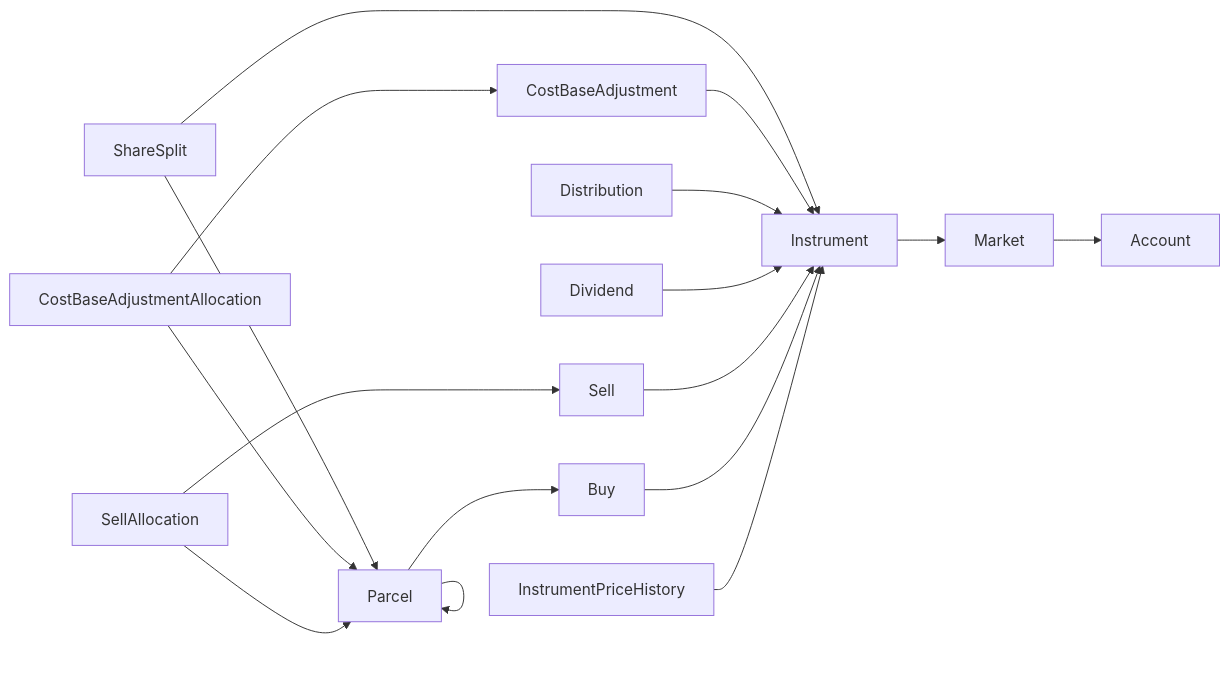
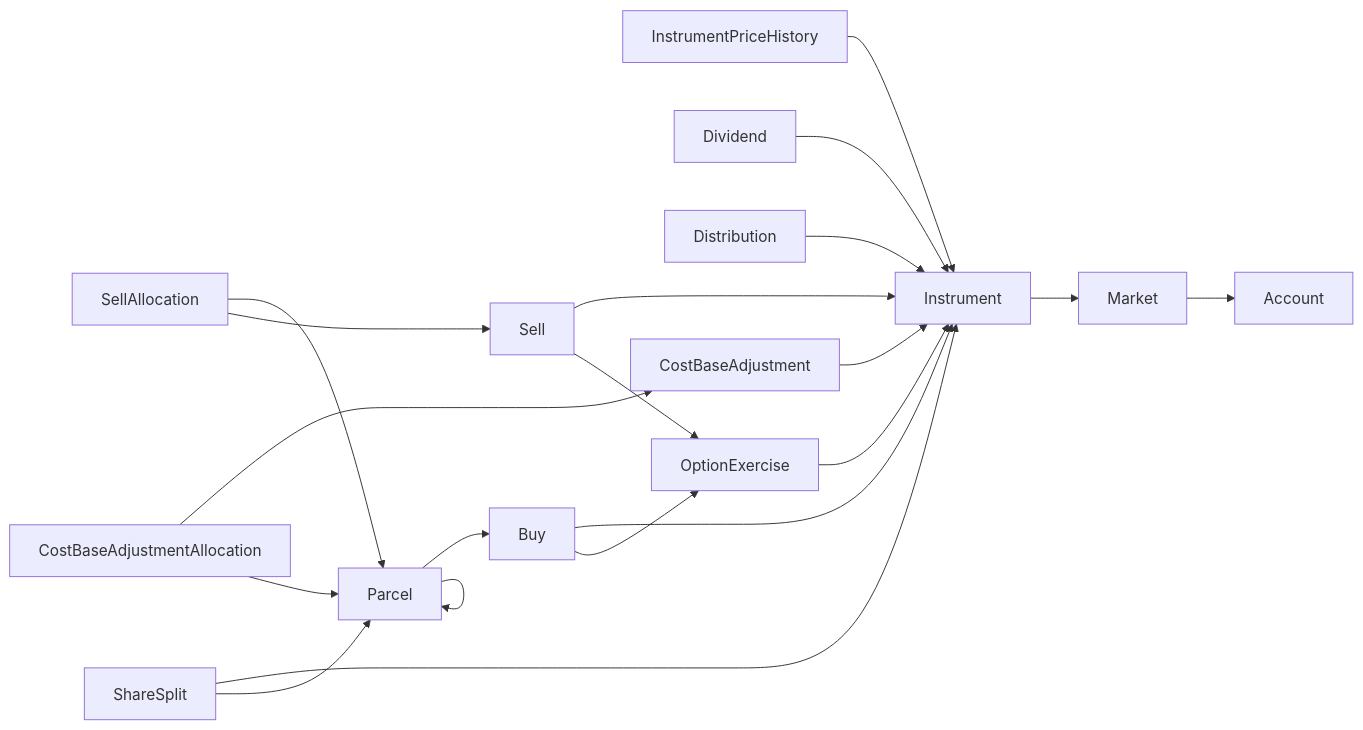
One commit to pretoriusdre/share-dinkum changed the diagram in README.md. Above: the diagram before and after it, drawn with Mermaid. The commit also changed other lines of this file and 20 other files, not shown here.

````diff
--- a/README.md
+++ b/README.md
@@ -93,21 +98,24 @@
 ```mermaid
 flowchart LR
     Market --> Account
     Instrument --> Market
     InstrumentPriceHistory --> Instrument
     Buy --> Instrument
     Sell --> Instrument
     Dividend --> Instrument
     Distribution --> Instrument
     CostBaseAdjustment --> Instrument
     ShareSplit --> Instrument
+    OptionExercise --> Instrument
 
     Parcel --> Buy
+    Buy --> OptionExercise
+    Sell --> OptionExercise
     Parcel --> Parcel
     SellAllocation --> Parcel
     SellAllocation --> Sell
 
     CostBaseAdjustmentAllocation --> CostBaseAdjustment
     CostBaseAdjustmentAllocation --> Parcel
     ShareSplit --> Parcel
 ```
````
